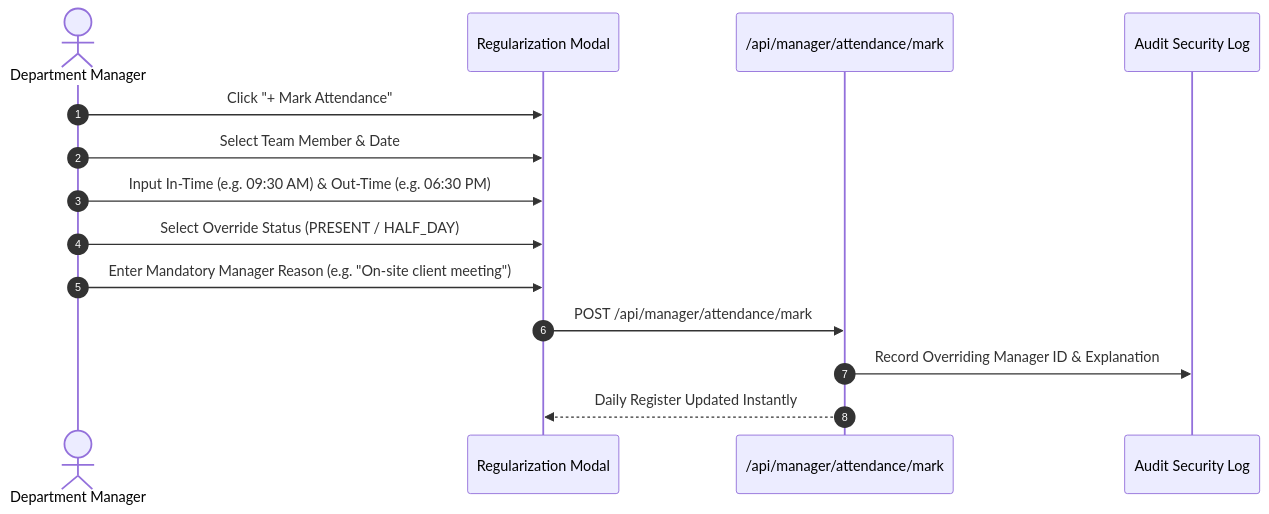
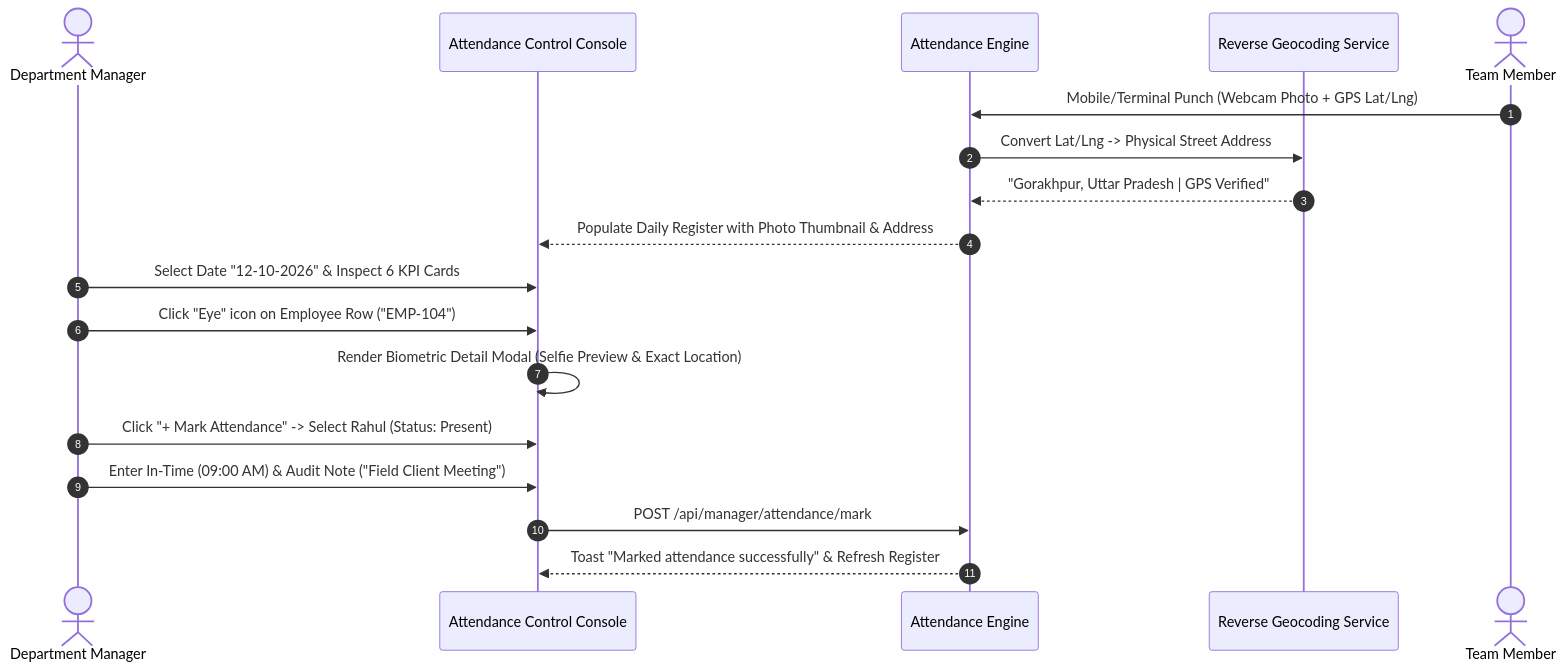
One commit to SRJ-GROUP/hubnest_user_guide changed the diagram in docs/hrms-manager/attendance.md. Above: the diagram before and after it, drawn with Mermaid. The commit also changed other lines of this file and 161 other files, not shown here.

Commit message:
feat: complete HubMeet suite, supervisor portal docs, diagram fixes, and interactive eye-button zoom modal

````diff
--- a/docs/hrms-manager/attendance.md
+++ b/docs/hrms-manager/attendance.md
@@ -57,17 +52,21 @@
 ```mermaid
 sequenceDiagram
     autonumber
     actor Mgr as Department Manager
-    participant UI as Regularization Modal
-    participant API as /api/manager/attendance/mark
-    participant Log as Audit Security Log
+    participant UI as Attendance Control Console
+    participant Engine as Attendance Engine
+    participant Geocode as Reverse Geocoding Service
+    actor Emp as Team Member
 
-    Mgr->>UI: Click "+ Mark Attendance"
-    Mgr->>UI: Select Team Member & Date
-    Mgr->>UI: Input In-Time (e.g. 09:30 AM) & Out-Time (e.g. 06:30 PM)
-    Mgr->>UI: Select Override Status (PRESENT / HALF_DAY)
-    Mgr->>UI: Enter Mandatory Manager Reason (e.g. "On-site client meeting")
-    UI->>API: POST /api/manager/attendance/mark
-    API->>Log: Record Overriding Manager ID & Explanation
-    API-->>UI: Daily Register Updated Instantly
+    Emp->>Engine: Mobile/Terminal Punch (Webcam Photo + GPS Lat/Lng)
+    Engine->>Geocode: Convert Lat/Lng -> Physical Street Address
+    Geocode-->>Engine: "Gorakhpur, Uttar Pradesh | GPS Verified"
+    Engine-->>UI: Populate Daily Register with Photo Thumbnail & Address
+    Mgr->>UI: Select Date "12-10-2026" & Inspect 6 KPI Cards
+    Mgr->>UI: Click "Eye" icon on Employee Row ("EMP-104")
+    UI->>UI: Render Biometric Detail Modal (Selfie Preview & Exact Location)
+    Mgr->>UI: Click "+ Mark Attendance" -> Select Rahul (Status: Present)
+    Mgr->>UI: Enter In-Time (09:00 AM) & Audit Note ("Field Client Meeting")
+    UI->>Engine: POST /api/manager/attendance/mark
+    Engine-->>UI: Toast "Marked attendance successfully" & Refresh Register
 ```
````
